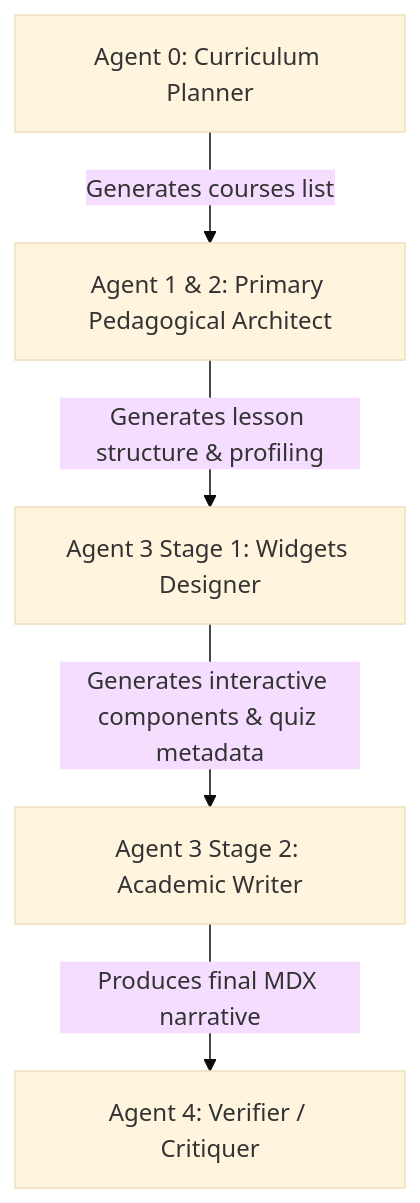
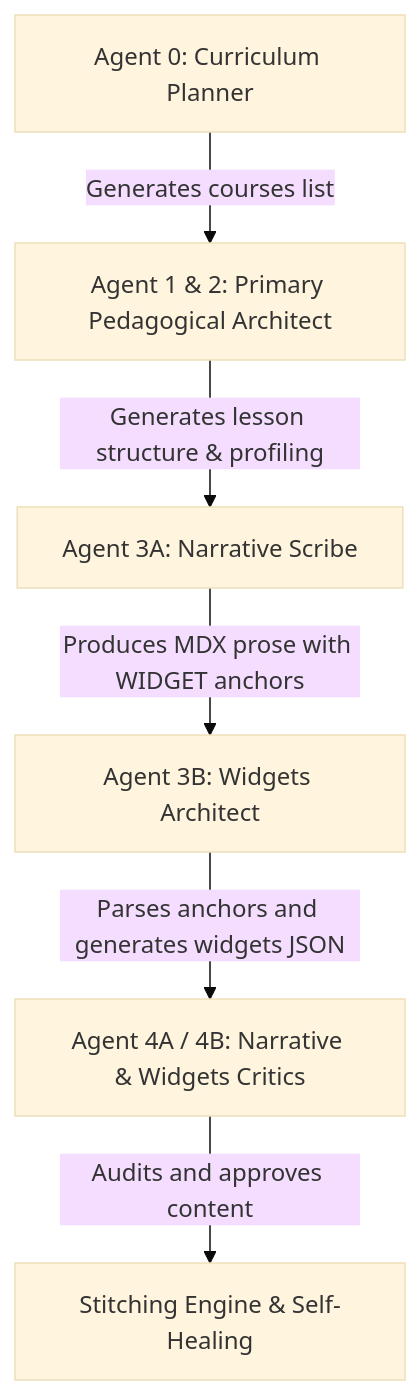
Before and after one commit to Open-Primer/OpenPrimer: the diagram in web/drafts_revisions/agents_json_schemas.md, drawn with Mermaid (base theme). The commit also changed other lines of this file and 25 other files, not shown here.

Commit message:
feat: upgrade MDX engine, add Vertex AI regional failover and fix TypeScript compiler warnings

````diff
--- a/web/drafts_revisions/agents_json_schemas.md
+++ b/web/drafts_revisions/agents_json_schemas.md
@@ -9,7 +9,8 @@
 ```mermaid
 graph TD
     A[Agent 0: Curriculum Planner] -- Generates courses list --> B[Agent 1 & 2: Primary Pedagogical Architect]
-    B -- Generates lesson structure & profiling --> C[Agent 3 Stage 1: Widgets Designer]
-    C -- Generates interactive components & quiz metadata --> D[Agent 3 Stage 2: Academic Writer]
-    D -- Produces final MDX narrative --> E[Agent 4: Verifier / Critiquer]
+    B -- Generates lesson structure & profiling --> C[Agent 3A: Narrative Scribe]
+    C -- Produces MDX prose with WIDGET anchors --> D[Agent 3B: Widgets Architect]
+    D -- Parses anchors and generates widgets JSON --> E[Agent 4A / 4B: Narrative & Widgets Critics]
+    E -- Audits and approves content --> F[Stitching Engine & Self-Healing]
 ```
````
